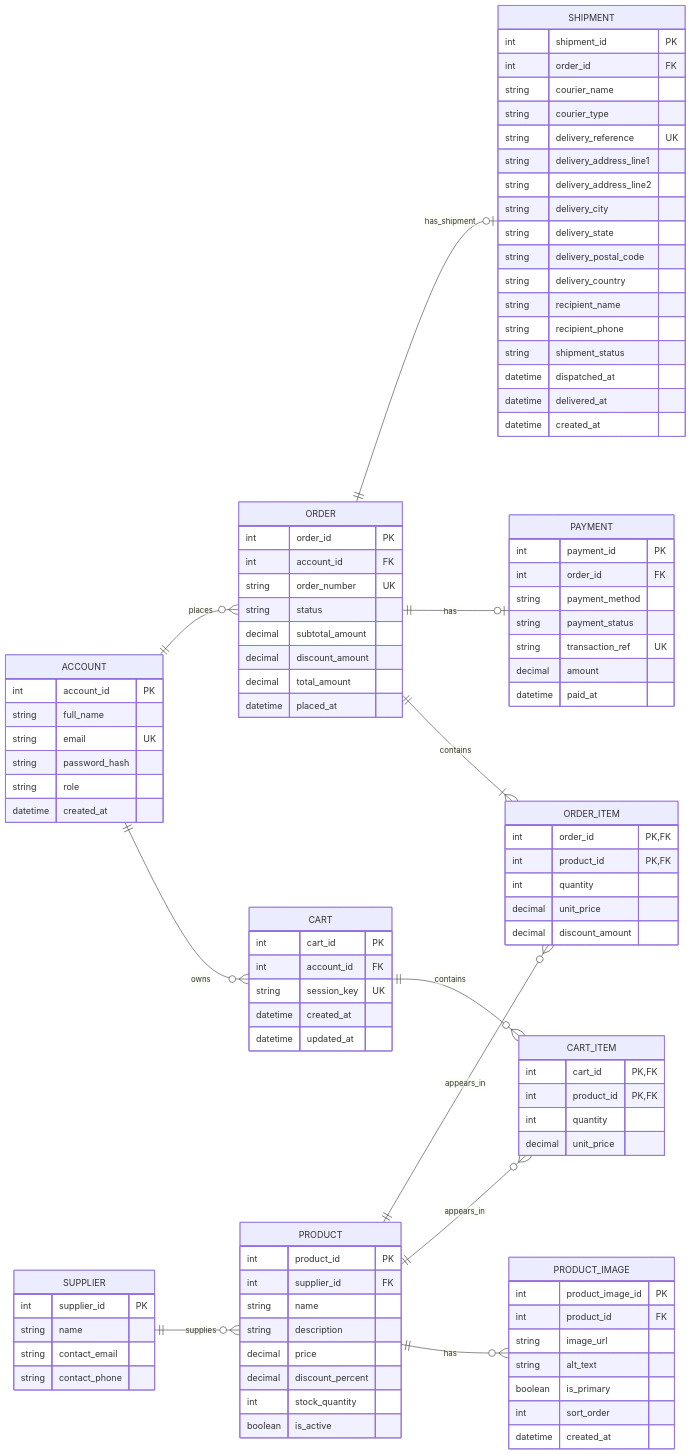
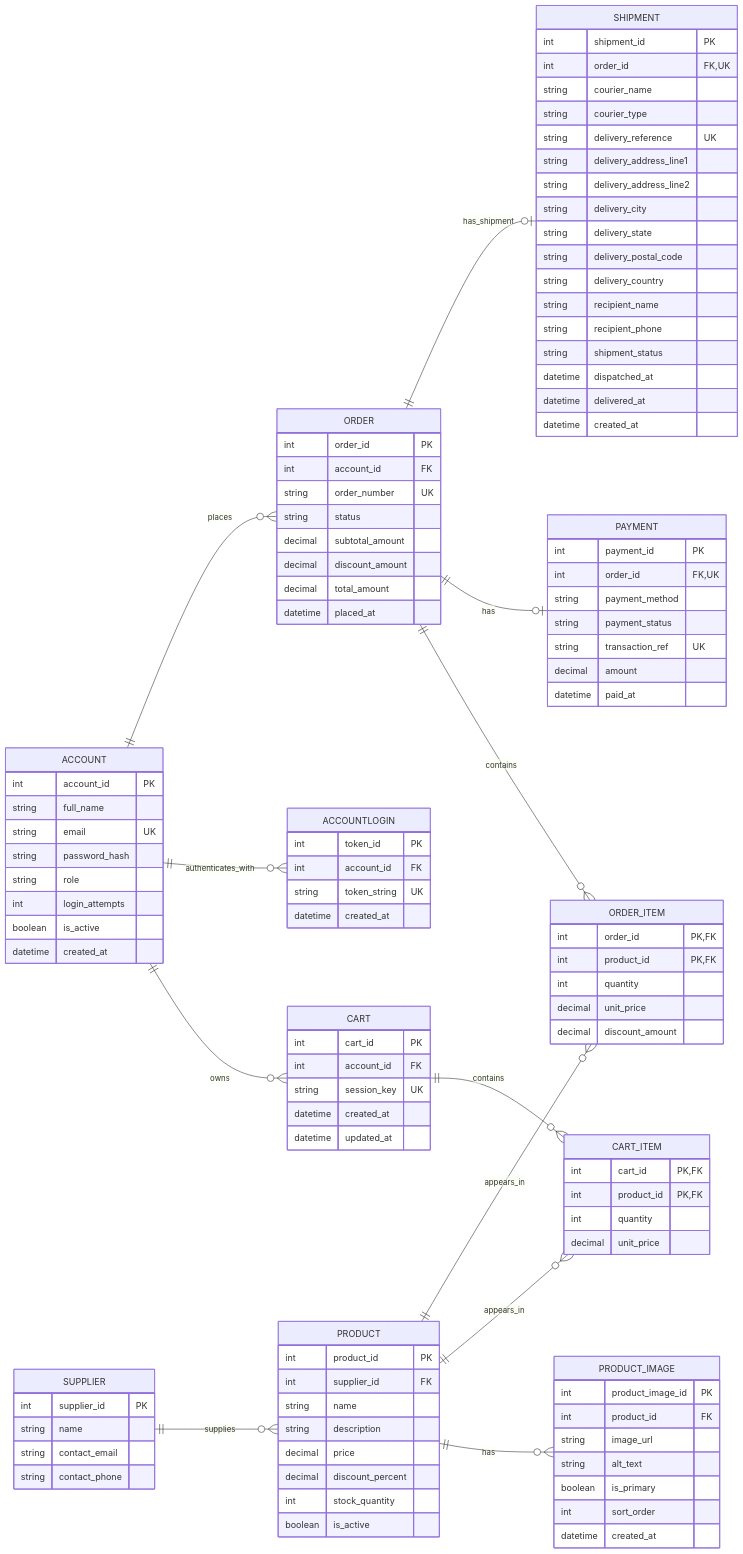
The diagram in data/ERD.mmd (BacaChwayita/educartion), drawn with Mermaid before and after one commit. The commit also changed 4 other files, not shown here.

Commit message:
Updated ERD and READMEs

```diff
--- a/data/ERD.mmd
+++ b/data/ERD.mmd
@@ -1,114 +1,124 @@
 erDiagram
 	direction LR
 
 	ACCOUNT ||--o{ CART : owns
+	ACCOUNT ||--o{ ACCOUNTLOGIN : authenticates_with
 	ACCOUNT ||--o{ "ORDER" : places
 	SUPPLIER ||--o{ PRODUCT : supplies
 	PRODUCT ||--o{ PRODUCT_IMAGE : has
 	CART ||--o{ CART_ITEM : contains
 	PRODUCT ||--o{ CART_ITEM : appears_in
-	"ORDER" ||--|{ ORDER_ITEM : contains
+	"ORDER" ||--o{ ORDER_ITEM : contains
 	PRODUCT ||--o{ ORDER_ITEM : appears_in
 	"ORDER" ||--o| PAYMENT : has
 	"ORDER" ||--o| SHIPMENT : has_shipment
 
 	ACCOUNT {
 		int account_id PK
 		string full_name
 		string email UK
 		string password_hash
 		string role
+		int login_attempts
+		boolean is_active
+		datetime created_at
+	}
+
+	ACCOUNTLOGIN {
+		int token_id PK
+		int account_id FK
+		string token_string UK
 		datetime created_at
 	}
 
 	SUPPLIER {
 		int supplier_id PK
 		string name
 		string contact_email
 		string contact_phone
 	}
 
 	PRODUCT {
 		int product_id PK
 		int supplier_id FK
 		string name
 		string description
 		decimal price
 		decimal discount_percent
 		int stock_quantity
 		boolean is_active
 	}
 
 	PRODUCT_IMAGE {
 		int product_image_id PK
 		int product_id FK
 		string image_url
 		string alt_text
 		boolean is_primary
 		int sort_order
 		datetime created_at
 	}
 
 	CART {
 		int cart_id PK
 		int account_id FK
 		string session_key UK
 		datetime created_at
 		datetime updated_at
 	}
 
 	CART_ITEM {
 		int cart_id PK, FK
 		int product_id PK, FK
 		int quantity
 		decimal unit_price
 	}
 
 	"ORDER" {
 		int order_id PK
 		int account_id FK
 		string order_number UK
 		string status
 		decimal subtotal_amount
 		decimal discount_amount
 		decimal total_amount
 		datetime placed_at
 	}
 
 	ORDER_ITEM {
 		int order_id PK, FK
 		int product_id PK, FK
 		int quantity
 		decimal unit_price
 		decimal discount_amount
 	}
 
 	PAYMENT {
 		int payment_id PK
-		int order_id FK
+		int order_id FK, UK
 		string payment_method
 		string payment_status
 		string transaction_ref UK
 		decimal amount
 		datetime paid_at
 	}
 
 	SHIPMENT {
 		int shipment_id PK
-		int order_id FK
+		int order_id FK, UK
 		string courier_name
 		string courier_type
 		string delivery_reference UK
 		string delivery_address_line1
 		string delivery_address_line2
 		string delivery_city
 		string delivery_state
 		string delivery_postal_code
 		string delivery_country
 		string recipient_name
 		string recipient_phone
 		string shipment_status
 		datetime dispatched_at
 		datetime delivered_at
 		datetime created_at
 	}
```
